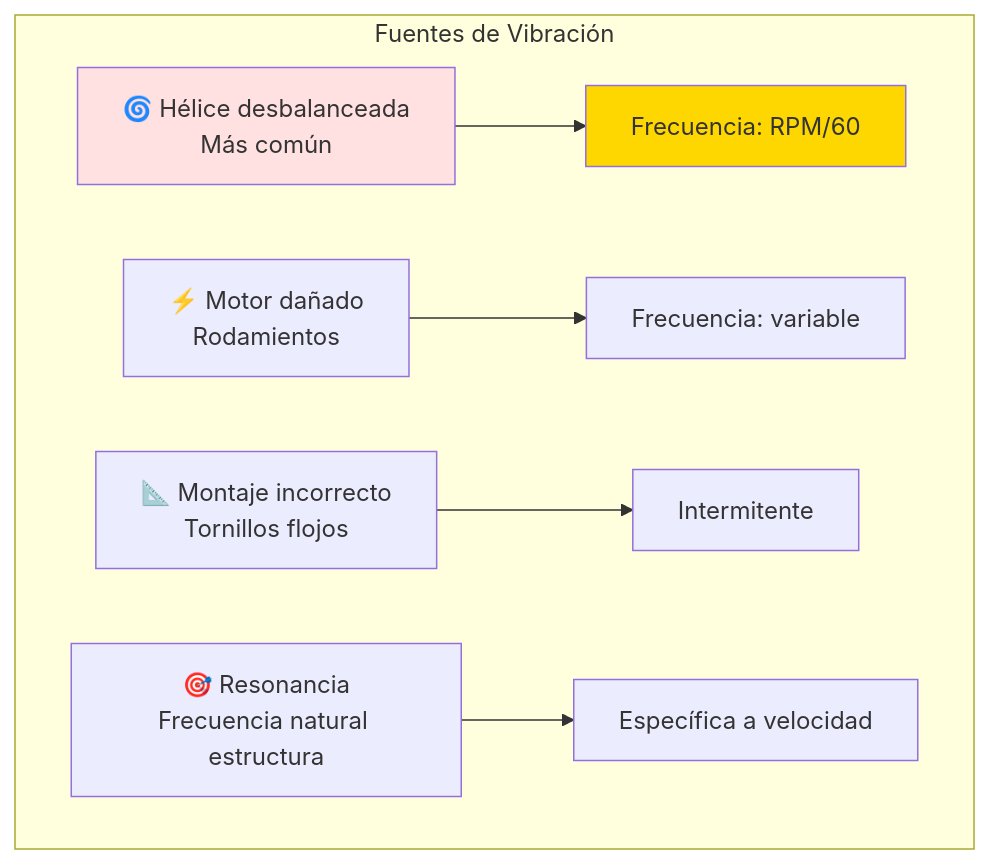
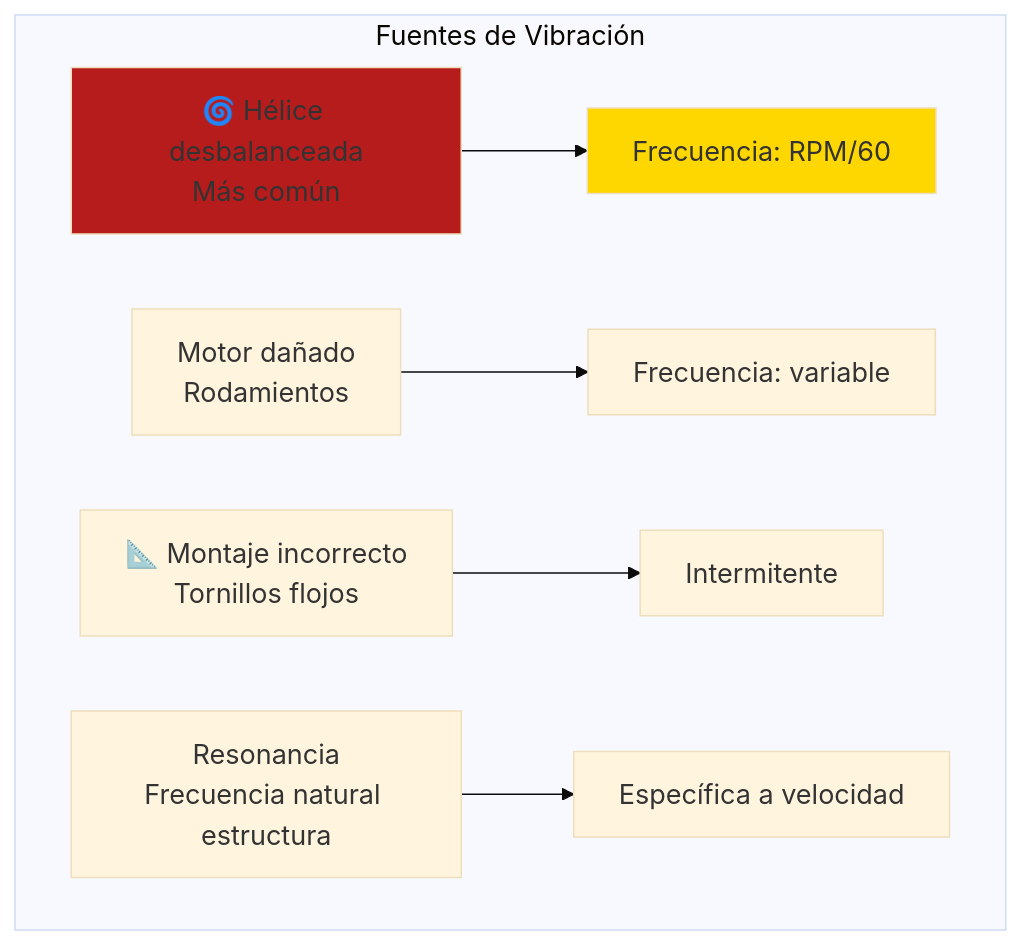
Before and after one commit to Ai-Whisperers/Courses-Content: diagram 16 of 16 in courses/🟡-development/FPUNA-2026/03-INGENIERIA-AERONAUTICA/04-sistemas-propulsion.md, drawn with Mermaid. The commit also changed other lines of this file and 47 other files, not shown here.

First line of the commit message:
fix: Make all 473 diagrams WCAG AAA accessible (FPUNA-2026)

````diff
--- a/courses/🟡-development/FPUNA-2026/03-INGENIERIA-AERONAUTICA/04-sistemas-propulsion.md
+++ b/courses/🟡-development/FPUNA-2026/03-INGENIERIA-AERONAUTICA/04-sistemas-propulsion.md
@@ -1185,17 +1200,18 @@
 ```mermaid
+%%{init: {'theme':'base', 'themeVariables': {'fontSize':'18px'}}}%%
 graph TD
     subgraph "Fuentes de Vibración"
         A[🌀 Hélice desbalanceada<br/>Más común]
-        B[⚡ Motor dañado<br/>Rodamientos]
+        B[Motor dañado<br/>Rodamientos]
         C[📐 Montaje incorrecto<br/>Tornillos flojos]
-        D[🎯 Resonancia<br/>Frecuencia natural estructura]
+        D[Resonancia<br/>Frecuencia natural estructura]
         
         A --> E[Frecuencia: RPM/60]
         B --> F[Frecuencia: variable]
         C --> G[Intermitente]
         D --> H[Específica a velocidad]
     end
     
-    style A fill:#FFE1E1
+    style A fill:#b71c1c
     style E fill:#FFD700
 ```
````
